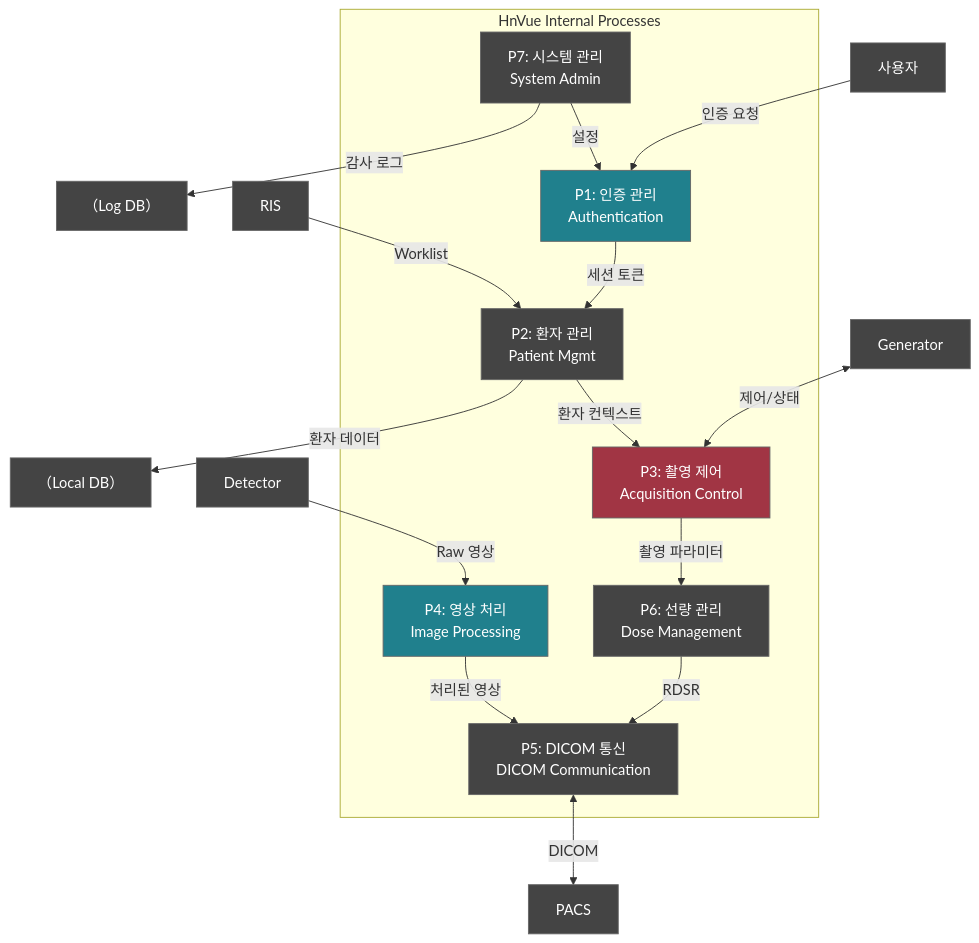
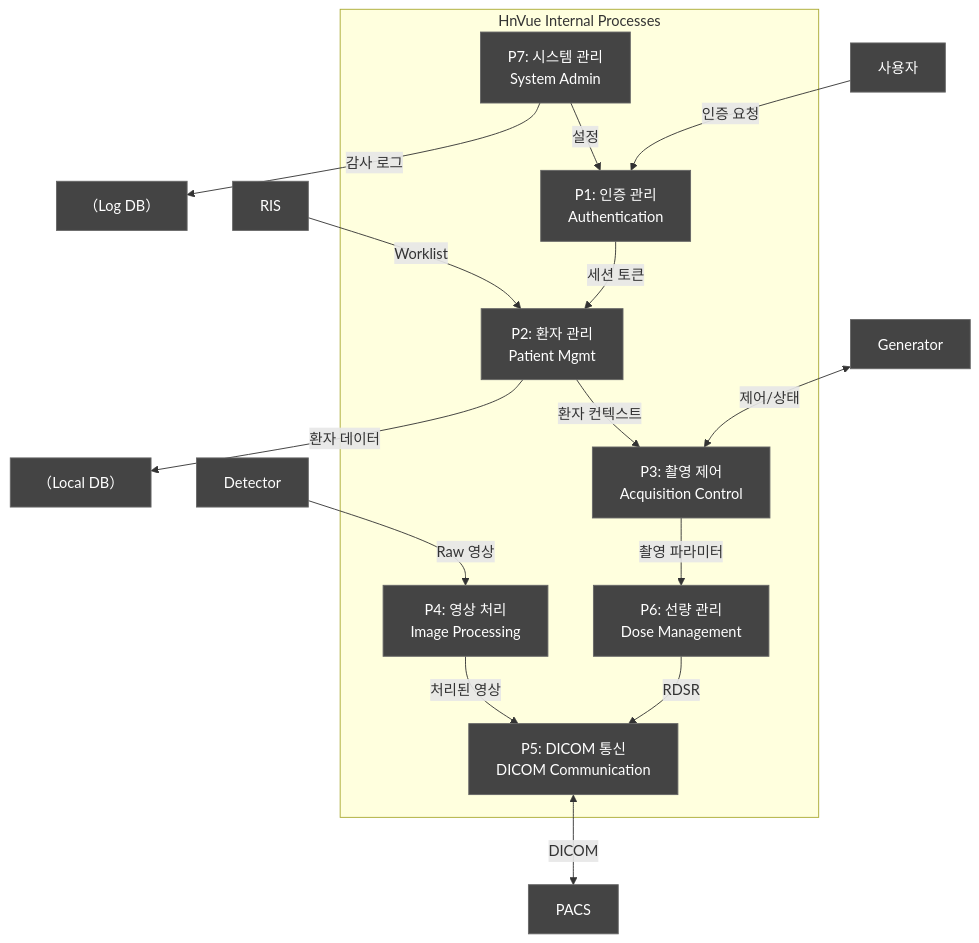
Before and after one commit to holee9/console-gui: the third of 7 diagrams in docs/risk/DOC-017_ThreatModel_v1.0.md, drawn with Mermaid. The commit also changed other lines of this file and 35 other files, not shown here.

First line of the commit message:
fix: 전체 Mermaid 차트 색상 진한 회색 통일

````diff
--- a/docs/risk/DOC-017_ThreatModel_v1.0.md
+++ b/docs/risk/DOC-017_ThreatModel_v1.0.md
@@ -182,31 +182,31 @@
 ```mermaid
 graph TB
     subgraph "HnVue Internal Processes"
         P1[P1: 인증 관리<br/>Authentication]
         P2[P2: 환자 관리<br/>Patient Mgmt]
         P3[P3: 촬영 제어<br/>Acquisition Control]
         P4[P4: 영상 처리<br/>Image Processing]
         P5[P5: DICOM 통신<br/>DICOM Communication]
         P6[P6: 선량 관리<br/>Dose Management]
         P7[P7: 시스템 관리<br/>System Admin]
     end
     
     EXT_USER[사용자] -->|인증 요청| P1
     P1 -->|세션 토큰| P2
     EXT_RIS[RIS] -->|Worklist| P2
     P2 -->|환자 컨텍스트| P3
     EXT_XGEN[Generator] <-->|제어/상태| P3
     EXT_DET[Detector] -->|Raw 영상| P4
     P3 -->|촬영 파라미터| P6
     P4 -->|처리된 영상| P5
     P5 <-->|DICOM| EXT_PACS[PACS]
     P6 -->|RDSR| P5
     P7 -->|설정| P1
     P7 -->|감사 로그| DS_LOG[（Log DB）]
     P2 -->|환자 데이터| DS_DB[（Local DB）]
     
     classDef default fill:#444,stroke:#666,color:#fff
-    style P1 fill:#20808D,color:#fff
-    style P3 fill:#A13544,color:#fff
-    style P4 fill:#20808D,color:#fff
+    style P1 fill:#444,color:#fff
+    style P3 fill:#444,color:#fff
+    style P4 fill:#444,color:#fff
 ```
````
